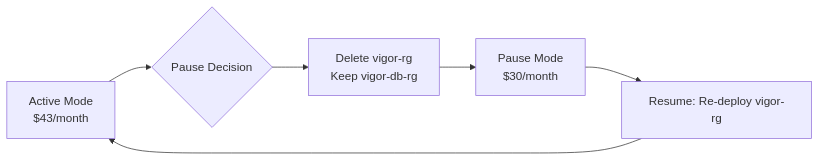
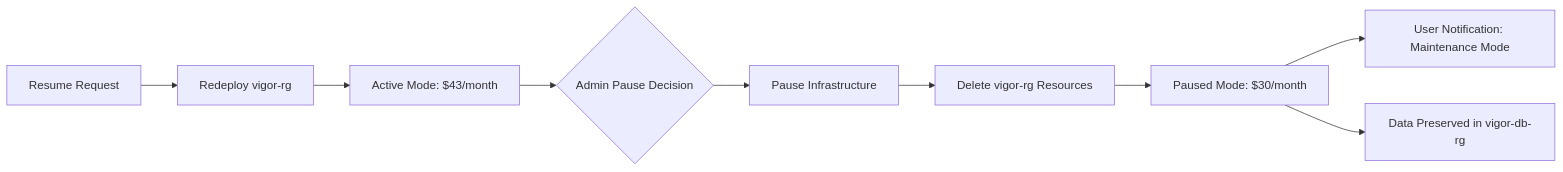
Before and after one commit to vedprakash-m/vigor: diagram 15 of 15 in docs/User_Experience.md, drawn with Mermaid. The commit also changed other lines of this file and 53 other files, not shown here.

````diff
--- a/docs/User_Experience.md
+++ b/docs/User_Experience.md
@@ -267,8 +757,13 @@
 ```mermaid
 flowchart LR
-  CM1[Active Mode<br/>$43/month] --> CM2{Pause Decision}
-  CM2 --> CM3[Delete vigor-rg<br/>Keep vigor-db-rg]
-  CM3 --> CM4[Pause Mode<br/>$30/month]
-  CM4 --> CM5[Resume: Re-deploy vigor-rg]
-  CM5 --> CM1
+  ActiveMode[Active Mode: $43/month] --> AdminDecision{Admin Pause Decision}
+  AdminDecision --> Pause[Pause Infrastructure]
+  Pause --> DeleteCompute[Delete vigor-rg Resources]
+  DeleteCompute --> PausedMode[Paused Mode: $30/month]
+  PausedMode --> UserNotification[User Notification: Maintenance Mode]
+
+  Resume[Resume Request] --> RedeployCompute[Redeploy vigor-rg]
+  RedeployCompute --> ActiveMode
+
+  PausedMode --> DataPersist[Data Preserved in vigor-db-rg]
 ```
````
